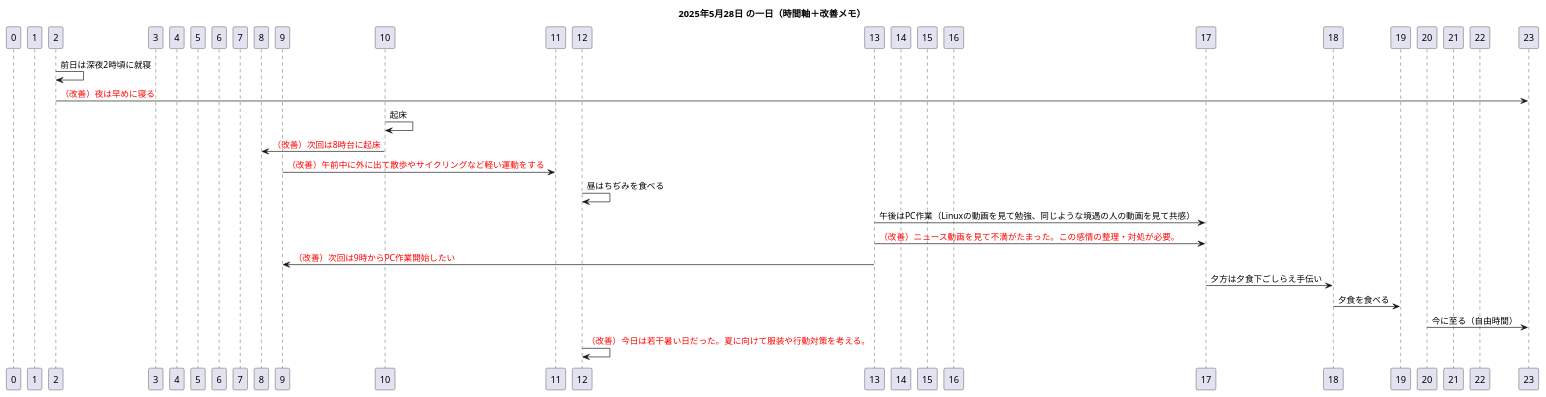
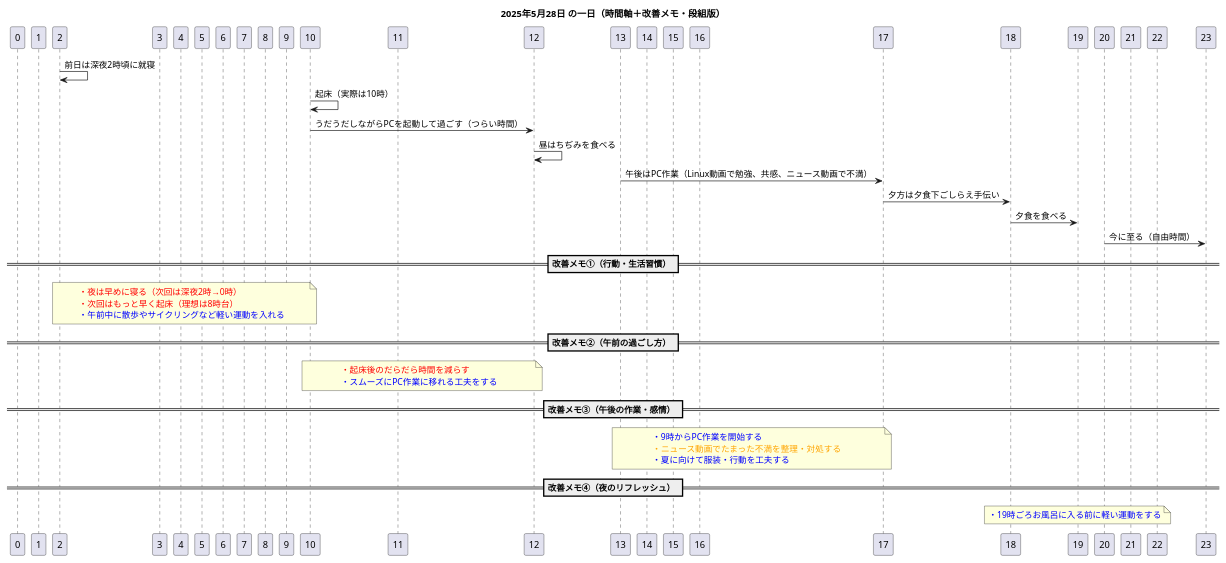
One commit to coacoa/images changed the diagram in out/diary_250528.pu. Above: the diagram before and after it, drawn with PlantUML. The commit also changed 1 other file, not shown here.

```diff
--- a/out/diary_250528.pu
+++ b/out/diary_250528.pu
@@ -1,48 +1,64 @@
 @startuml
-title 2025年5月28日 の一日（時間軸＋改善メモ）
+title 2025年5月28日 の一日（時間軸＋改善メモ・段組版）
 
 participant "0" as T0
 participant "1" as T1
 participant "2" as T2
 participant "3" as T3
 participant "4" as T4
 participant "5" as T5
 participant "6" as T6
 participant "7" as T7
 participant "8" as T8
 participant "9" as T9
 participant "10" as T10
 participant "11" as T11
 participant "12" as T12
 participant "13" as T13
 participant "14" as T14
 participant "15" as T15
 participant "16" as T16
 participant "17" as T17
 participant "18" as T18
 participant "19" as T19
 participant "20" as T20
 participant "21" as T21
 participant "22" as T22
 participant "23" as T23
 
 T2 -> T2: 前日は深夜2時頃に就寝
-T2 -> T23: <color:red>（改善）夜は早めに寝る</color>
-
-T10 -> T10: 起床
-T10 -> T8: <color:red>（改善）次回は8時台に起床</color>
-
-T9 -> T11: <color:red>（改善）午前中に外に出て散歩やサイクリングなど軽い運動をする</color>
-
+T10 -> T10: 起床（実際は10時）
+T10 -> T12: うだうだしながらPCを起動して過ごす（つらい時間）
 T12 -> T12: 昼はちぢみを食べる
-T13 -> T17: 午後はPC作業（Linuxの動画を見て勉強、同じような境遇の人の動画を見て共感）
-T13 -> T17: <color:red>（改善）ニュース動画を見て不満がたまった。この感情の整理・対処が必要。</color>
-T13 -> T9: <color:red>（改善）次回は9時からPC作業開始したい</color>
+T13 -> T17: 午後はPC作業（Linux動画で勉強、共感、ニュース動画で不満）
 
 T17 -> T18: 夕方は夕食下ごしらえ手伝い
 T18 -> T19: 夕食を食べる
 T20 -> T23: 今に至る（自由時間）
 
-T12 -> T12: <color:red>（改善）今日は若干暑い日だった。夏に向けて服装や行動対策を考える。</color>
+== 改善メモ①（行動・生活習慣） ==
+note over T2, T10
+<color:red>・夜は早めに寝る（次回は深夜2時→0時）</color>  
+<color:red>・次回はもっと早く起床（理想は8時台）</color>  
+<color:blue>・午前中に散歩やサイクリングなど軽い運動を入れる</color>
+end note
+
+== 改善メモ②（午前の過ごし方） ==
+note over T10, T12
+<color:red>・起床後のだらだら時間を減らす</color>  
+<color:blue>・スムーズにPC作業に移れる工夫をする</color>
+end note
+
+== 改善メモ③（午後の作業・感情） ==
+note over T13, T17
+<color:blue>・9時からPC作業を開始する</color>  
+<color:orange>・ニュース動画でたまった不満を整理・対処する</color>  
+<color:blue>・夏に向けて服装・行動を工夫する</color>
+end note
+
+== 改善メモ④（夜のリフレッシュ） ==
+note over T19
+<color:blue>・19時ごろお風呂に入る前に軽い運動をする</color>
+end note
 
 @enduml
```
